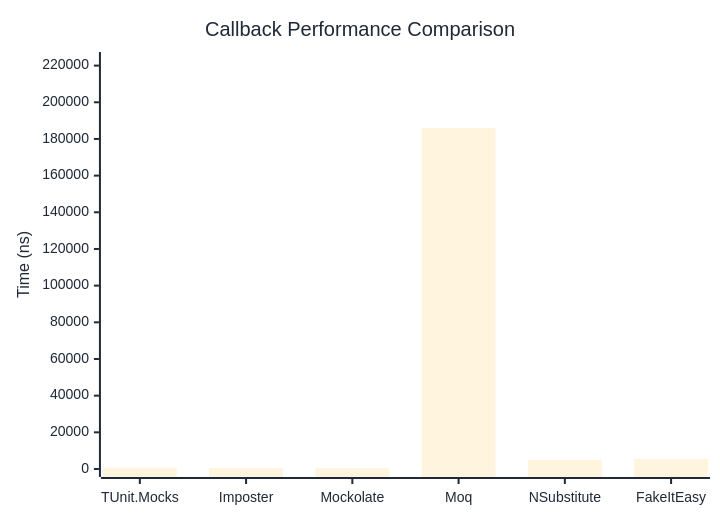
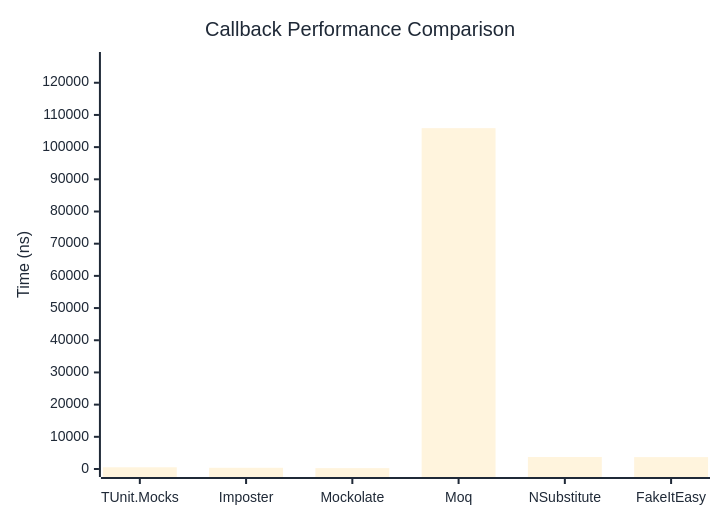
One commit to thomhurst/TUnit changed the first of 2 diagrams in docs/docs/benchmarks/mocks/Callback.md. Above: the diagram before and after it, drawn with Mermaid. The commit also changed other lines of this file and 14 other files, not shown here.

````diff
--- a/docs/docs/benchmarks/mocks/Callback.md
+++ b/docs/docs/benchmarks/mocks/Callback.md
@@ -30,27 +30,27 @@
 ```mermaid
 %%{init: {
   'theme':'base',
   'themeVariables': {
     'primaryColor': '#2563eb',
     'primaryTextColor': '#1f2937',
     'primaryBorderColor': '#1e40af',
     'lineColor': '#6b7280',
     'secondaryColor': '#7c3aed',
     'tertiaryColor': '#dc2626',
     'background': '#ffffff',
     'pie1': '#2563eb',
     'pie2': '#7c3aed',
     'pie3': '#dc2626',
     'pie4': '#f59e0b',
     'pie5': '#10b981',
     'pie6': '#06b6d4',
     'pie7': '#ec4899',
     'pie8': '#6366f1'
   }
 }}%%
 xychart-beta
   title "Callback Performance Comparison"
   x-axis ["TUnit.Mocks", "Imposter", "Mockolate", "Moq", "NSubstitute", "FakeItEasy"]
-  y-axis "Time (ns)" 0 --> 223058
-  bar [708.8, 489.7, 388.1, 185881.1, 4993.8, 5533.6]
+  y-axis "Time (ns)" 0 --> 127068
+  bar [537.1, 377.4, 271.2, 105889.4, 3729.2, 3697.6]
 ```
````
